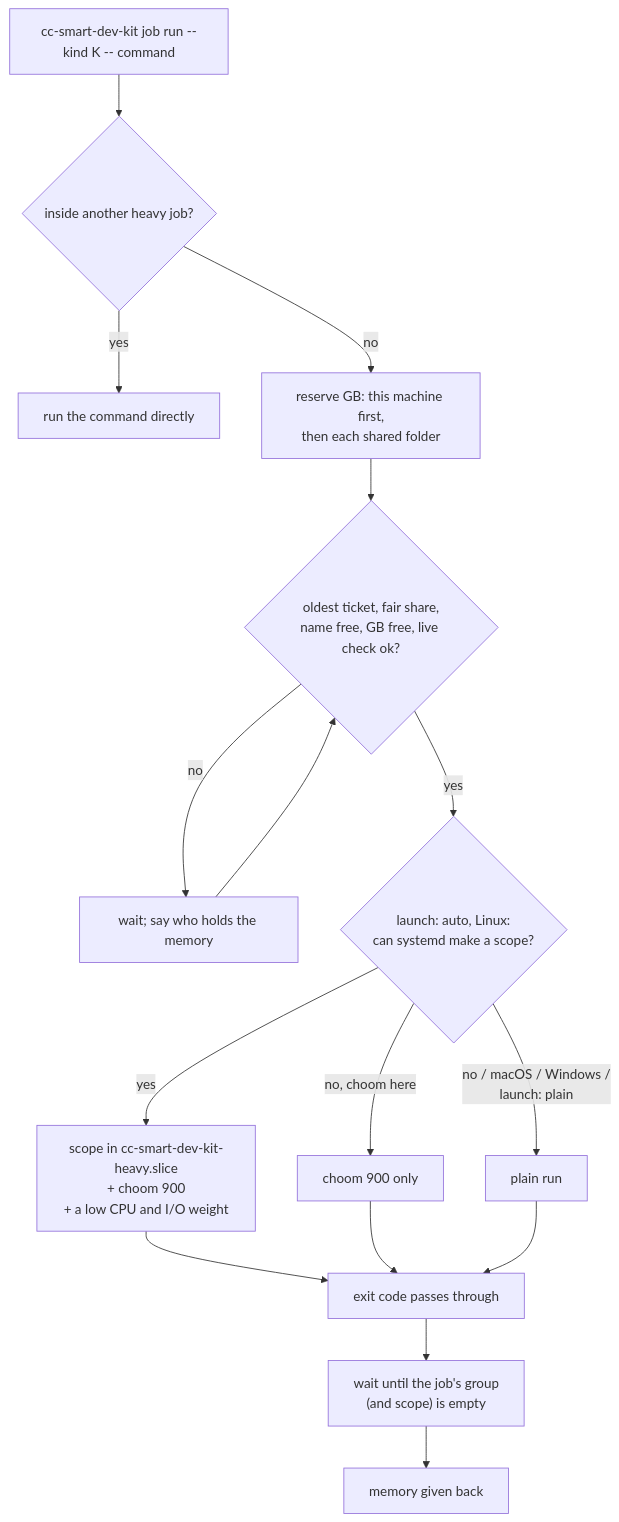
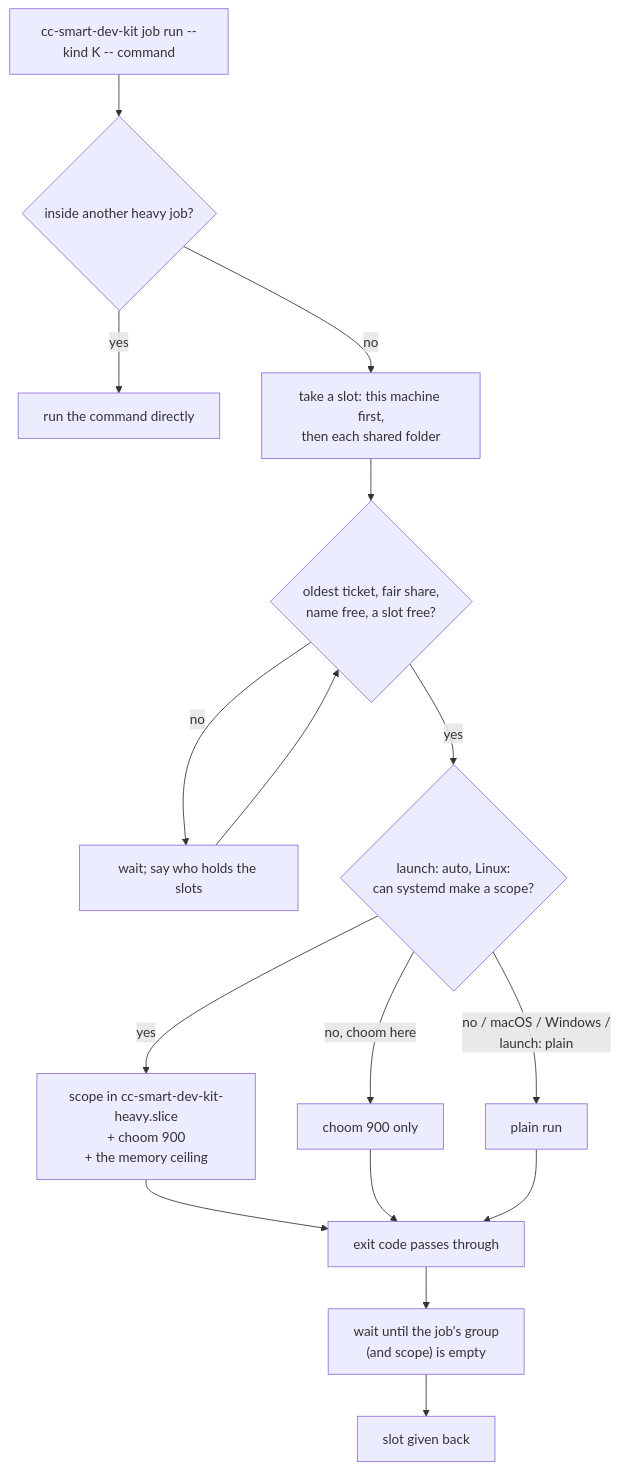
The diagram in docs/jobs.md (sellanybiz/cc-smart-dev-kit), drawn with Mermaid before and after one commit. The commit also changed other lines of this file and 232 other files, not shown here.

````diff
--- a/docs/jobs.md
+++ b/docs/jobs.md
@@ -28,18 +39,18 @@
 ```mermaid
 flowchart TD
     J["cc-smart-dev-kit job run --kind K -- command"] --> N{"inside another heavy job?"}
     N -->|"yes"| D["run the command directly"]
-    N -->|"no"| R["reserve GB: this machine first,<br/>then each shared folder"]
-    R --> W{"oldest ticket, fair share,<br/>name free, GB free, live check ok?"}
-    W -->|"no"| L["wait; say who holds the memory"]
+    N -->|"no"| R["take a slot: this machine first,<br/>then each shared folder"]
+    R --> W{"oldest ticket, fair share,<br/>name free, a slot free?"}
+    W -->|"no"| L["wait; say who holds the slots"]
     L --> W
     W -->|"yes"| P{"launch: auto, Linux:<br/>can systemd make a scope?"}
-    P -->|"yes"| S["scope in cc-smart-dev-kit-heavy.slice<br/>+ choom 900<br/>+ a low CPU and I/O weight"]
+    P -->|"yes"| S["scope in cc-smart-dev-kit-heavy.slice<br/>+ choom 900<br/>+ the memory ceiling"]
     P -->|"no, choom here"| C["choom 900 only"]
     P -->|"no / macOS / Windows /<br/>launch: plain"| PL["plain run"]
     S --> E["exit code passes through"]
     C --> E
     PL --> E
     E --> G["wait until the job's group<br/>(and scope) is empty"]
-    G --> Z["memory given back"]
+    G --> Z["slot given back"]
 ```
````
